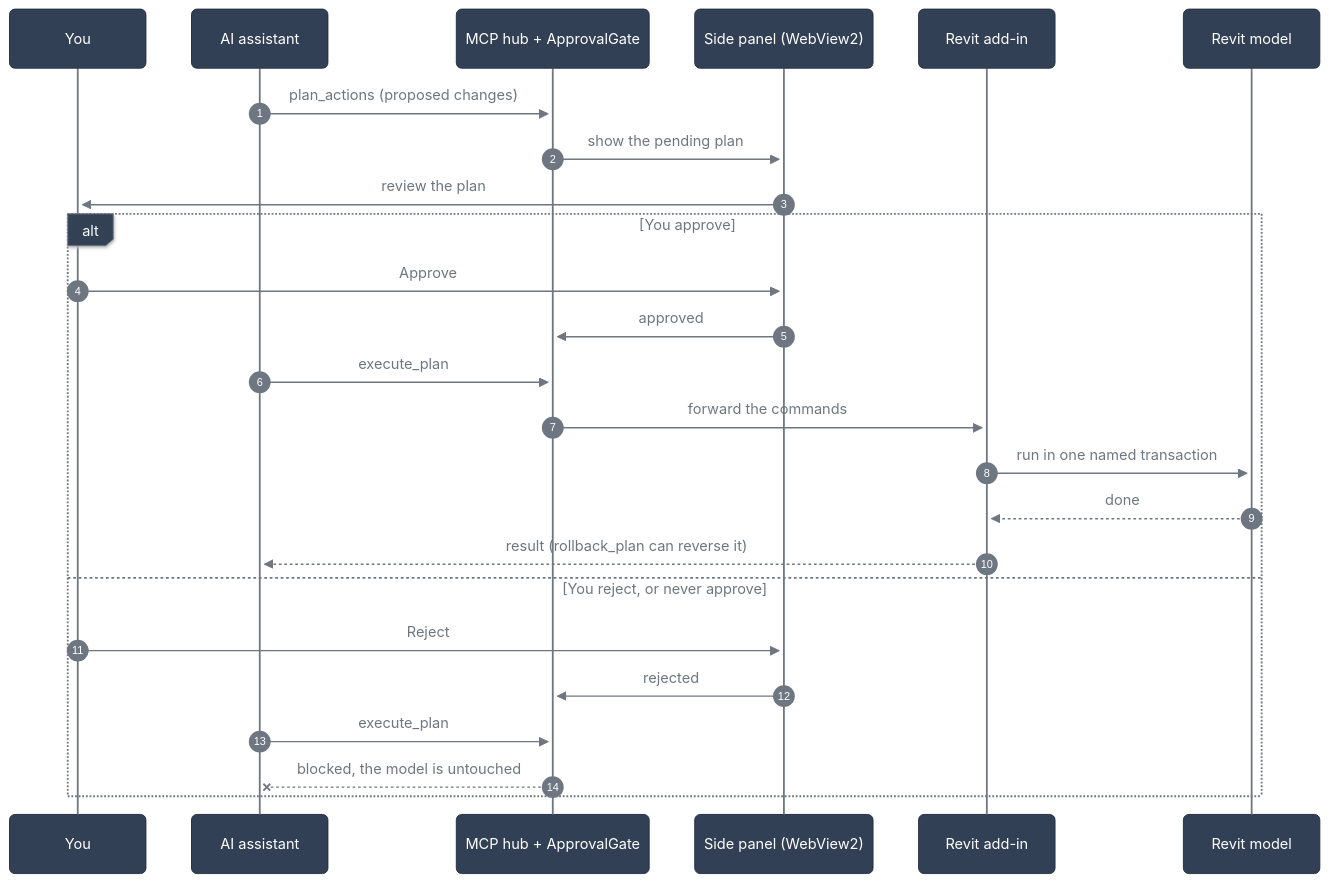
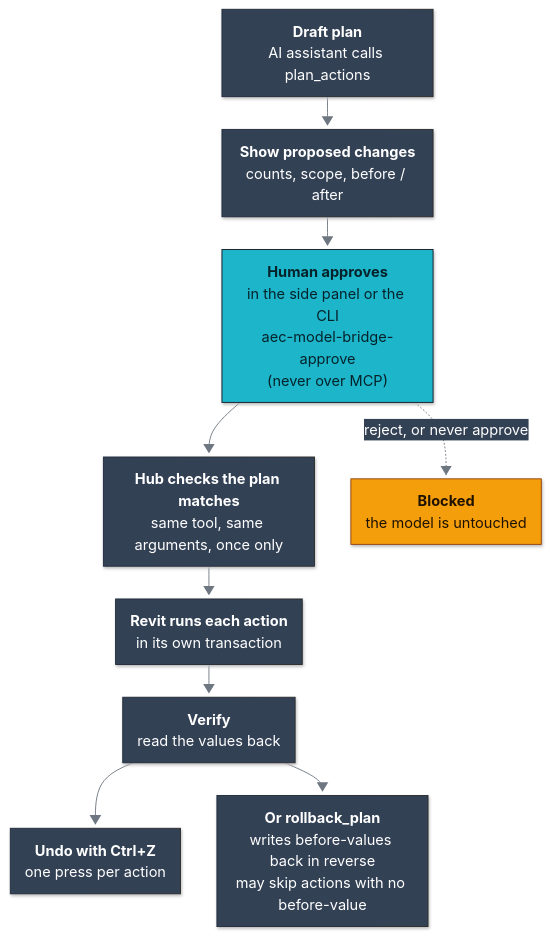
Before and after one commit to Sam-AEC/aec-model-bridge: the diagram in docs/diagrams/approval-flow.mmd, drawn with Mermaid. The commit also changed 19 other files, not shown here.

First line of the commit message:
docs: make the approval-flow diagram match what the code does

```diff
--- a/docs/diagrams/approval-flow.mmd
+++ b/docs/diagrams/approval-flow.mmd
@@ -1,65 +1,57 @@
 ---
 config:
   look: neo
+  flowchart:
+    htmlLabels: true
+    nodeSpacing: 40
+    rankSpacing: 36
+    padding: 14
   theme: base
   themeVariables:
     primaryColor: "#334155"
     primaryTextColor: "#FFFFFF"
     primaryBorderColor: "#1E293B"
     secondaryColor: "#334155"
     tertiaryColor: "#334155"
     lineColor: "#6E7781"
     textColor: "#6E7781"
     titleColor: "#6E7781"
     nodeTextColor: "#FFFFFF"
     clusterBkg: "rgba(110,119,129,0.10)"
     clusterBorder: "#6E7781"
     edgeLabelBackground: "#334155"
     actorBkg: "#334155"
     actorTextColor: "#FFFFFF"
     actorBorder: "#1E293B"
     actorLineColor: "#6E7781"
     signalColor: "#6E7781"
     signalTextColor: "#6E7781"
     labelBoxBkgColor: "#334155"
     labelBoxBorderColor: "#6E7781"
     labelTextColor: "#FFFFFF"
     loopTextColor: "#6E7781"
     sequenceNumberColor: "#FFFFFF"
     noteBkgColor: "#F59E0B"
     noteTextColor: "#1F1300"
     noteBorderColor: "#92400E"
     transitionColor: "#6E7781"
     transitionLabelColor: "#FFFFFF"
     stateLabelColor: "#FFFFFF"
     stateBkg: "#334155"
     labelBackgroundColor: "#334155"
     compositeBackground: "#334155"
     specialStateColor: "#6E7781"
 ---
-sequenceDiagram
-  autonumber
-  participant You
-  participant AI as AI assistant
-  participant Hub as MCP hub + ApprovalGate
-  participant Panel as Side panel (WebView2)
-  participant Addin as Revit add-in
-  participant Model as Revit model
-
-  AI->>Hub: plan_actions (proposed changes)
-  Hub->>Panel: show the pending plan
-  Panel->>You: review the plan
-  alt You approve
-    You->>Panel: Approve
-    Panel->>Hub: approved
-    AI->>Hub: execute_plan
-    Hub->>Addin: forward the commands
-    Addin->>Model: run in one named transaction
-    Model-->>Addin: done
-    Addin-->>AI: result (rollback_plan can reverse it)
-  else You reject, or never approve
-    You->>Panel: Reject
-    Panel->>Hub: rejected
-    AI->>Hub: execute_plan
-    Hub--xAI: blocked, the model is untouched
-  end
+flowchart TB
+  A["<b>Draft plan</b><br/>AI assistant calls plan_actions"] --> B["<b>Show proposed changes</b><br/>counts, scope, before / after"]
+  B --> C["<b>Human approves</b><br/>in the side panel or the CLI<br/>aec-model-bridge-approve<br/>(never over MCP)"]
+  C --> D["<b>Hub checks the plan matches</b><br/>same tool, same arguments, once only"]
+  D --> E["<b>Revit runs each action</b><br/>in its own transaction"]
+  E --> F["<b>Verify</b><br/>read the values back"]
+  F --> G["<b>Undo with Ctrl+Z</b><br/>one press per action"]
+  F --> H["<b>Or rollback_plan</b><br/>writes before-values back in reverse<br/>may skip actions with no before-value"]
+  C -. "reject, or never approve" .-> X["<b>Blocked</b><br/>the model is untouched"]
+  classDef human fill:#1CB5CA,stroke:#111923,color:#06222A
+  classDef stop fill:#F59E0B,stroke:#92400E,color:#1F1300
+  class C human
+  class X stop
```
